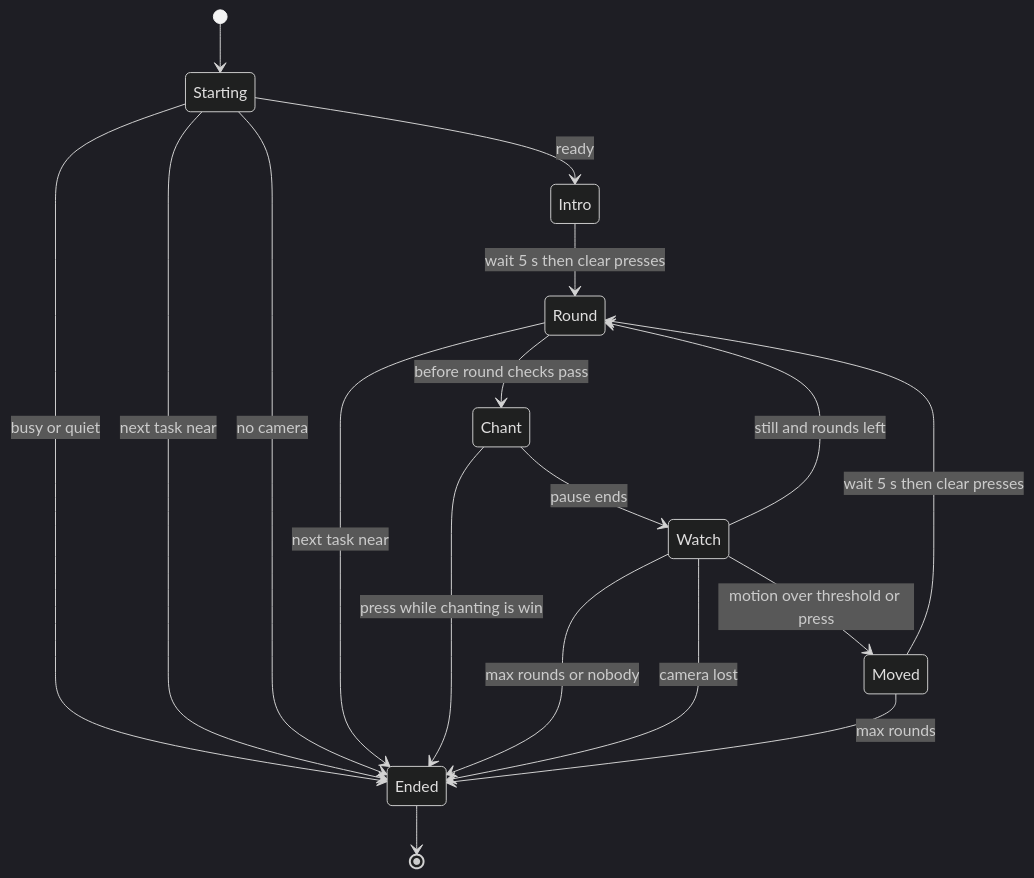
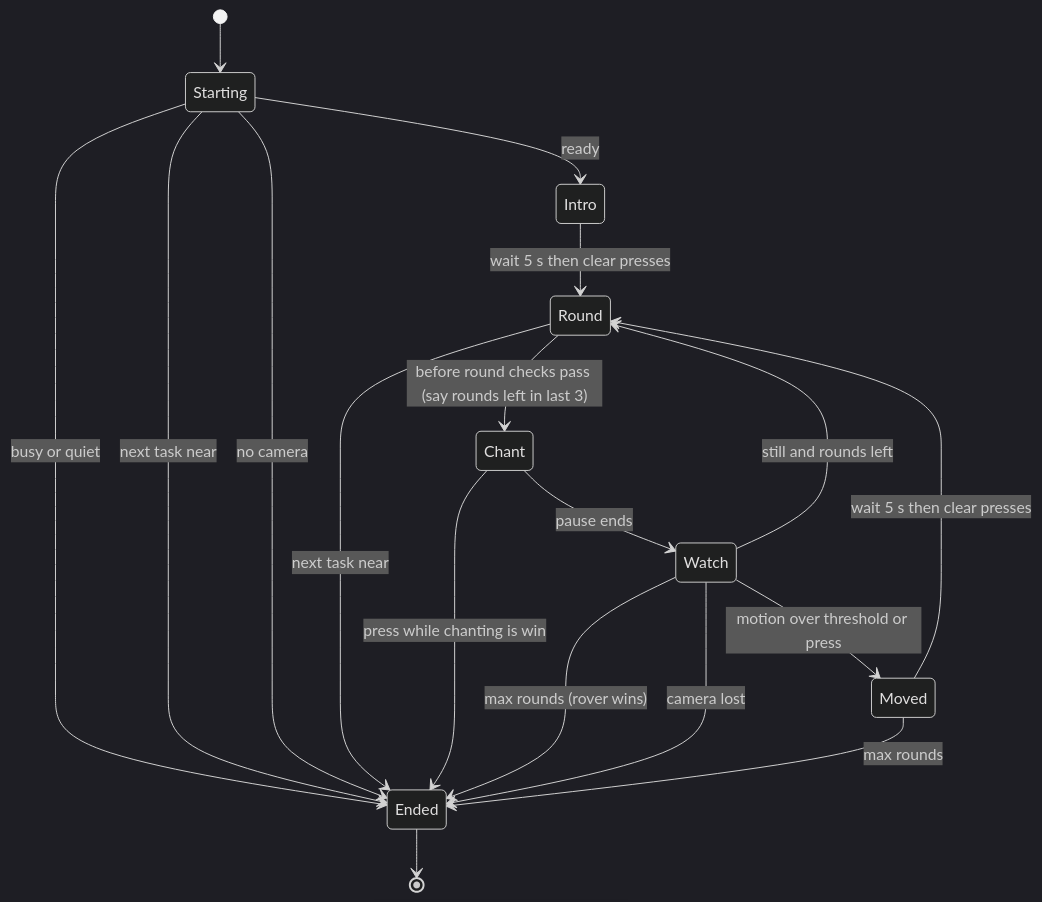
One commit to inakanou/OsekkaiRover changed the second of 3 diagrams in .kiro/specs/daruma-game/design.md. Above: the diagram before and after it, drawn with Mermaid (dark theme). The commit also changed other lines of this file and 17 other files, not shown here.

````diff
--- a/.kiro/specs/daruma-game/design.md
+++ b/.kiro/specs/daruma-game/design.md
@@ -150,20 +150,20 @@
 ```mermaid
 stateDiagram-v2
     [*] --> Starting
     Starting --> Ended: busy or quiet
     Starting --> Ended: next task near
     Starting --> Ended: no camera
     Starting --> Intro: ready
     Intro --> Round: wait 5 s then clear presses
-    Round --> Chant: before round checks pass
+    Round --> Chant: before round checks pass (say rounds left in last 3)
     Round --> Ended: next task near
     Chant --> Ended: press while chanting is win
     Chant --> Watch: pause ends
     Watch --> Moved: motion over threshold or press
     Watch --> Round: still and rounds left
-    Watch --> Ended: max rounds or nobody
+    Watch --> Ended: max rounds (rover wins)
     Watch --> Ended: camera lost
     Moved --> Round: wait 5 s then clear presses
     Moved --> Ended: max rounds
     Ended --> [*]
 ```
````
